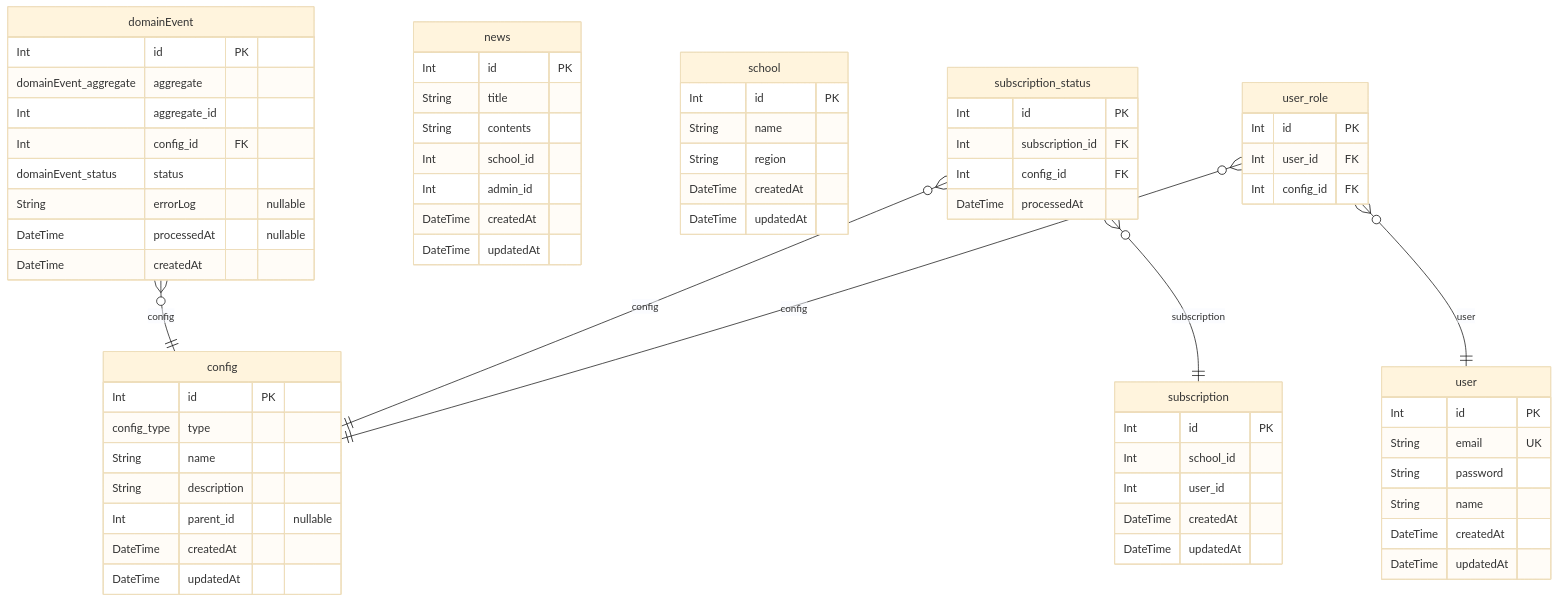
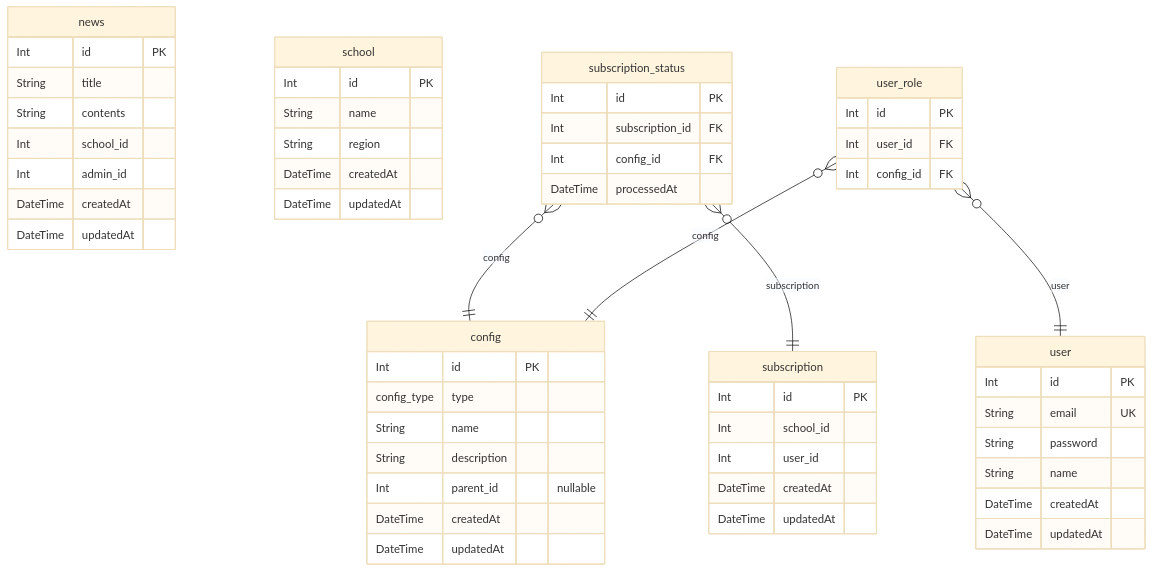
The diagram in README.md (2langk/classting), drawn with Mermaid (base theme) before and after one commit. The commit also changed other lines of this file and 1 other file, not shown here.

````diff
--- a/README.md
+++ b/README.md
@@ -18,69 +33,58 @@
 ```mermaid
 erDiagram
 "config" {
   Int id PK
   config_type type
   String name
   String description
   Int parent_id "nullable"
   DateTime createdAt
   DateTime updatedAt
-}
-"domainEvent" {
-  Int id PK
-  domainEvent_aggregate aggregate
-  Int aggregate_id
-  Int config_id FK
-  domainEvent_status status
-  String errorLog "nullable"
-  DateTime processedAt "nullable"
-  DateTime createdAt
 }
 "news" {
   Int id PK
   String title
   String contents
   Int school_id
   Int admin_id
   DateTime createdAt
   DateTime updatedAt
 }
 "school" {
   Int id PK
   String name
   String region
   DateTime createdAt
   DateTime updatedAt
 }
 "subscription" {
   Int id PK
   Int school_id
   Int user_id
   DateTime createdAt
   DateTime updatedAt
 }
 "subscription_status" {
   Int id PK
   Int subscription_id FK
   Int config_id FK
   DateTime processedAt
 }
 "user" {
   Int id PK
   String email UK
   String password
   String name
   DateTime createdAt
   DateTime updatedAt
 }
 "user_role" {
   Int id PK
   Int user_id FK
   Int config_id FK
 }
-"domainEvent" }o--|| "config" : config
 "subscription_status" }o--|| "config" : config
 "subscription_status" }o--|| "subscription" : subscription
 "user_role" }o--|| "config" : config
 "user_role" }o--|| "user" : user
 ```
````
